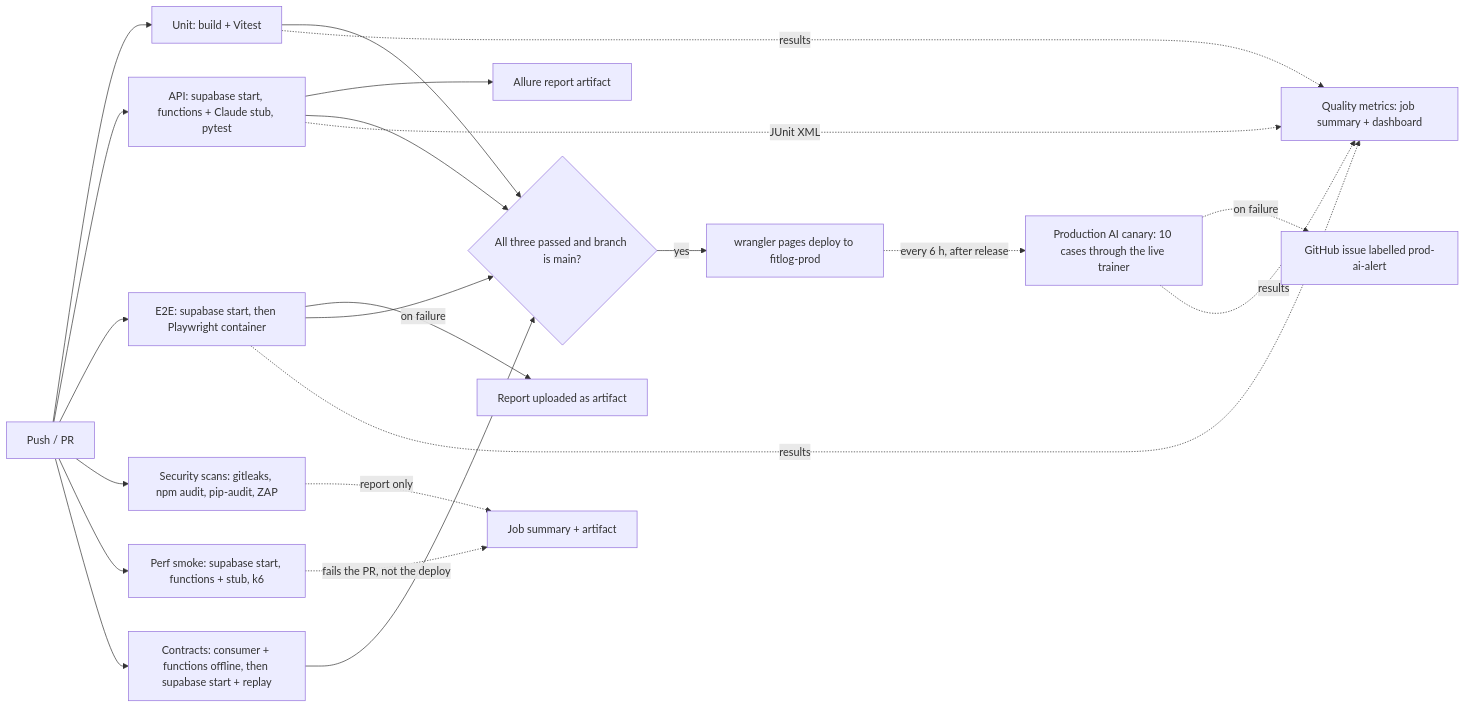
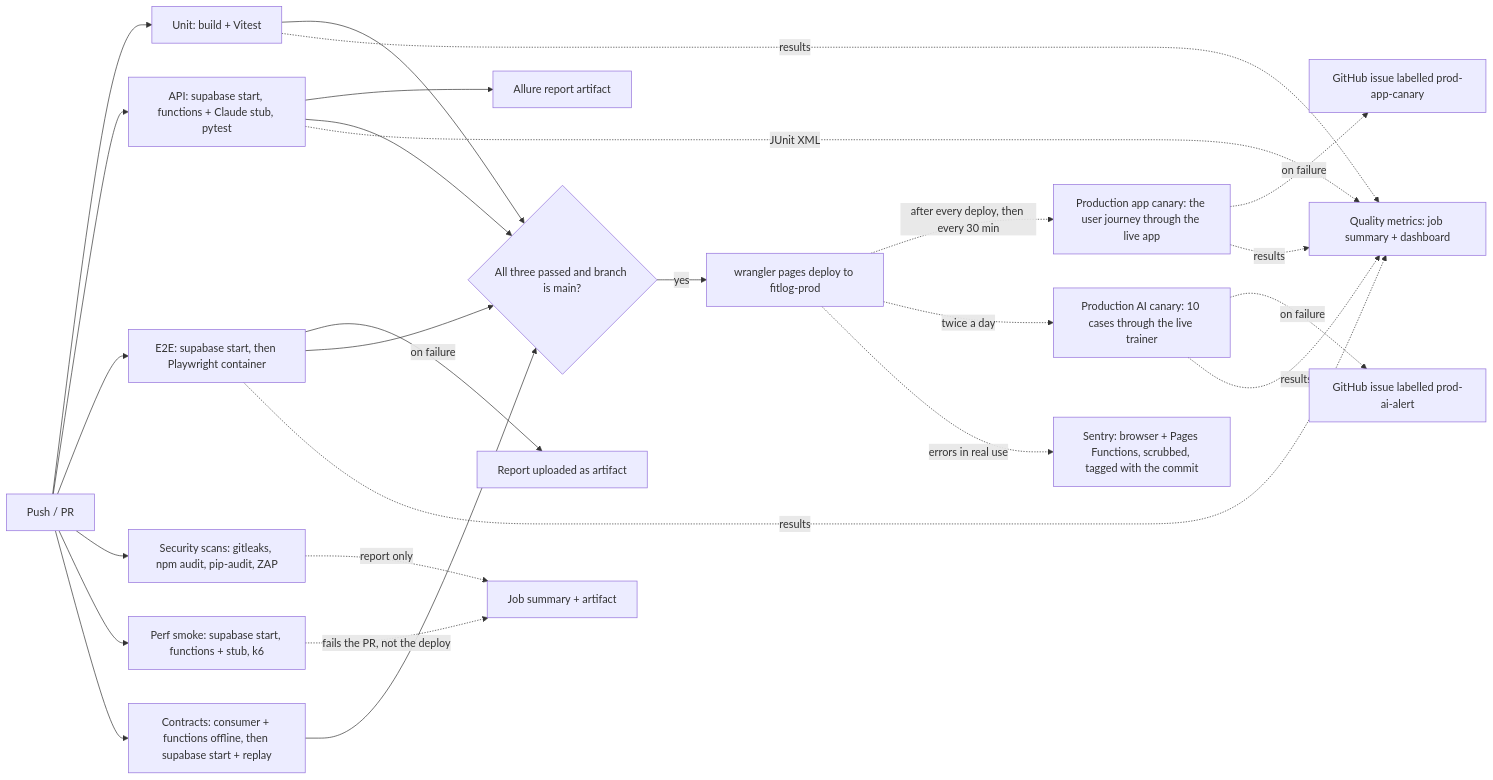
One commit to kakaul94-prof/FitLog changed the second of 2 diagrams in README.md. Above: the diagram before and after it, drawn with Mermaid. The commit also changed other lines of this file and 3 other files, not shown here.

Commit message:
Document production monitoring: canaries, Sentry, alerts and how to pause them

````diff
--- a/README.md
+++ b/README.md
@@ -148,24 +150,28 @@
 ```mermaid
 flowchart LR
   PUSH[Push / PR] --> UNIT[Unit: build + Vitest]
   PUSH --> API[API: supabase start, functions + Claude stub, pytest]
   PUSH --> E2E[E2E: supabase start, then Playwright container]
   PUSH --> SEC[Security scans: gitleaks, npm audit, pip-audit, ZAP]
   PUSH --> PERF[Perf smoke: supabase start, functions + stub, k6]
   PUSH --> CONTRACTS[Contracts: consumer + functions offline, then supabase start + replay]
   API --> ALLURE[Allure report artifact]
   E2E -- on failure --> ART[Report uploaded as artifact]
   UNIT --> GATE{All three passed and branch is main?}
   API --> GATE
   E2E --> GATE
   CONTRACTS --> GATE
   GATE -- yes --> DEPLOY[wrangler pages deploy to fitlog-prod]
   UNIT -. results .-> METRICS[Quality metrics: job summary + dashboard]
   API -. JUnit XML .-> METRICS
   E2E -. results .-> METRICS
   SEC -. report only .-> SUMMARY[Job summary + artifact]
   PERF -. fails the PR, not the deploy .-> SUMMARY
-  DEPLOY -. every 6 h, after release .-> CANARY[Production AI canary: 10 cases through the live trainer]
+  DEPLOY -. after every deploy, then every 30 min .-> APPCANARY[Production app canary: the user journey through the live app]
+  DEPLOY -. twice a day .-> CANARY[Production AI canary: 10 cases through the live trainer]
+  APPCANARY -. on failure .-> APPALERT[GitHub issue labelled prod-app-canary]
   CANARY -. on failure .-> ALERT[GitHub issue labelled prod-ai-alert]
+  APPCANARY -. results .-> METRICS
   CANARY -. results .-> METRICS
+  DEPLOY -. errors in real use .-> SENTRY[Sentry: browser + Pages Functions, scrubbed, tagged with the commit]
 ```
````
